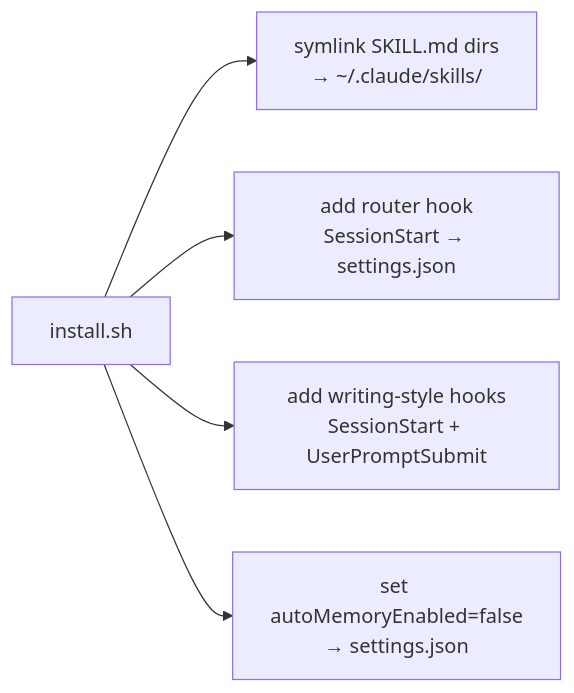
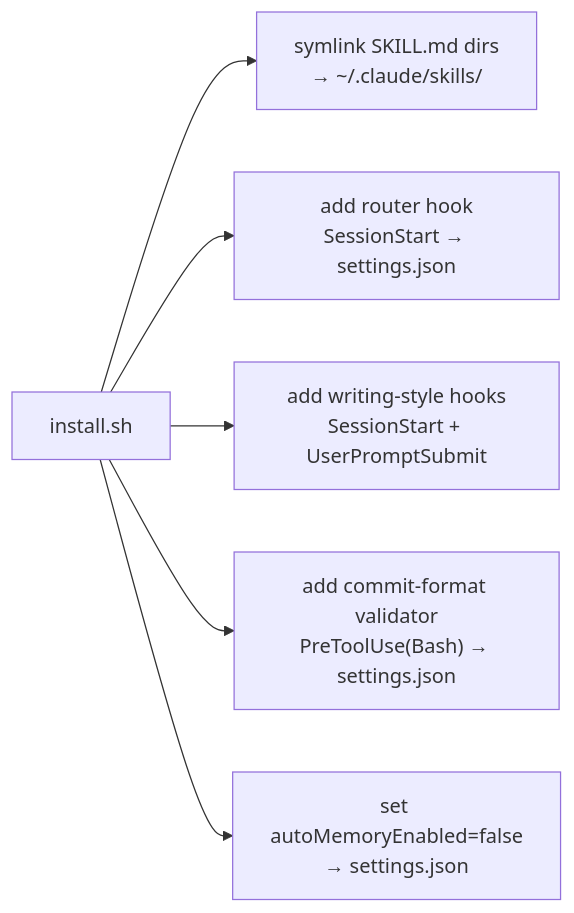
Before and after one commit to ubunish/nish-ai: the first of 3 diagrams in README.md, drawn with Mermaid. The commit also changed other lines of this file and 2 other files, not shown here.

Commit message:
feat: validate commit format via pretooluse hook

````diff
--- a/README.md
+++ b/README.md
@@ -44,7 +44,8 @@
 ```mermaid
 flowchart LR
     I["install.sh"] --> S["symlink SKILL.md dirs<br/>→ ~/.claude/skills/"]
     I --> HR["add router hook<br/>SessionStart → settings.json"]
     I --> HS["add writing-style hooks<br/>SessionStart + UserPromptSubmit"]
+    I --> HV["add commit-format validator<br/>PreToolUse(Bash) → settings.json"]
     I --> M["set autoMemoryEnabled=false<br/>→ settings.json"]
 ```
````
